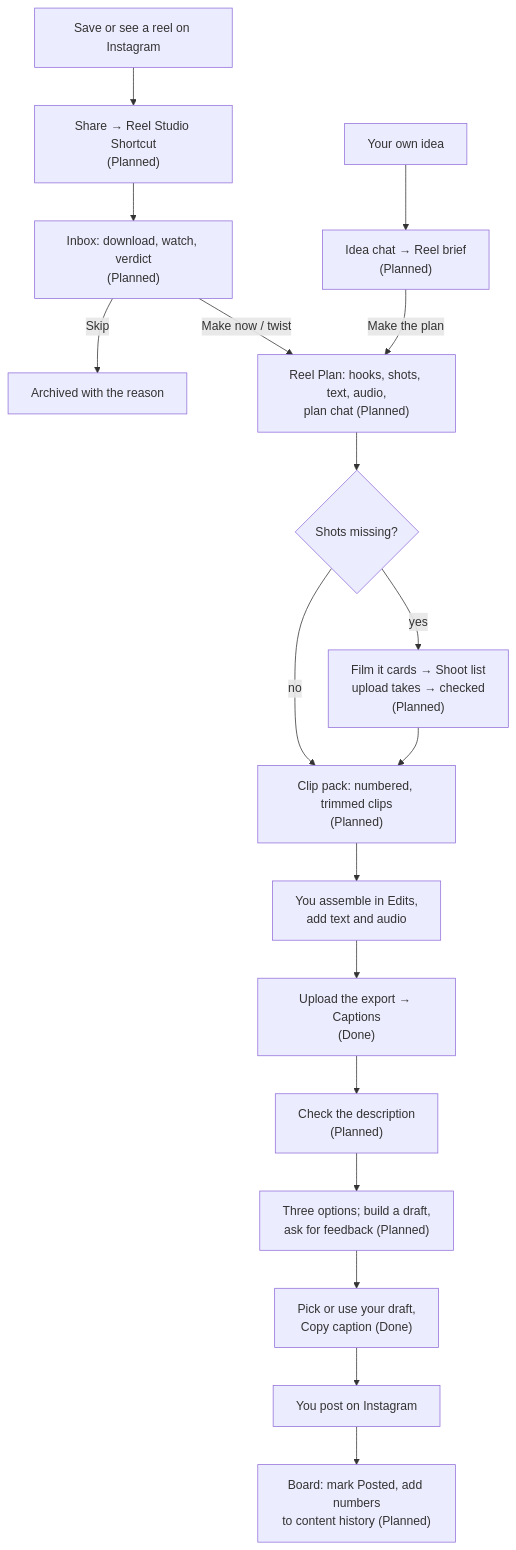
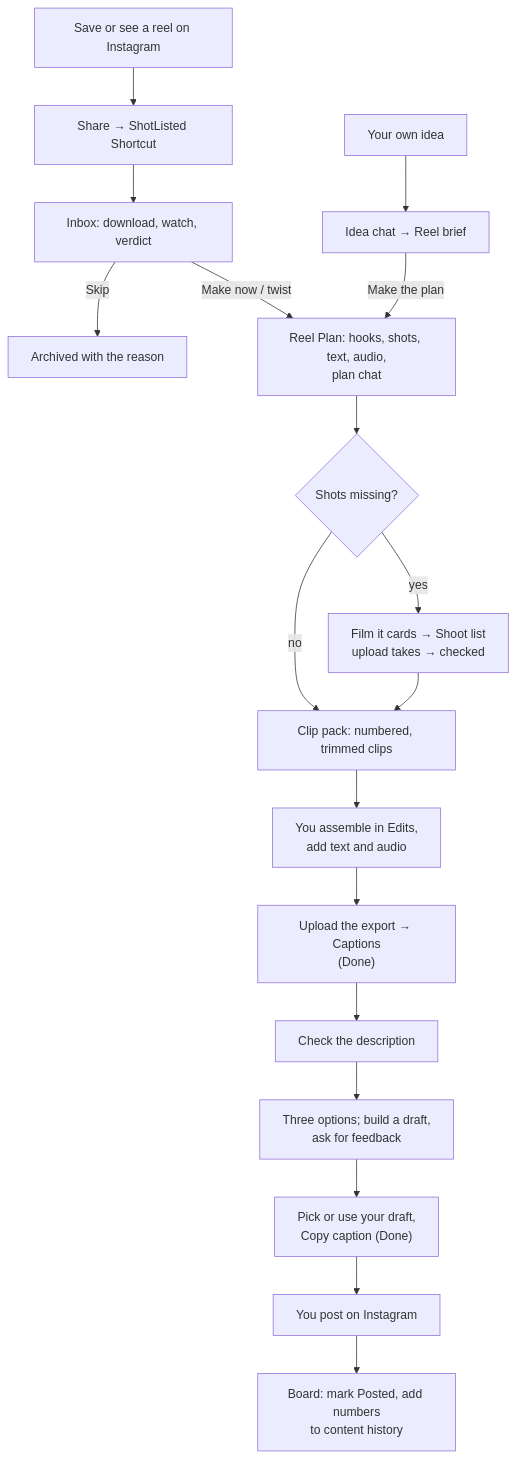
Before and after one commit to KaalaAadmi/shot-listed: the diagram in docs/APP_FLOW.md, drawn with Mermaid. The commit also changed other lines of this file and 153 other files, not shown here.

````diff
--- a/docs/APP_FLOW.md
+++ b/docs/APP_FLOW.md
@@ -7,20 +7,20 @@
 ```mermaid
 flowchart TD
-  save["Save or see a reel on Instagram"] --> share["Share → Reel Studio Shortcut<br/>(Planned)"]
-  share --> inbox["Inbox: download, watch, verdict<br/>(Planned)"]
+  save["Save or see a reel on Instagram"] --> share["Share → ShotListed Shortcut"]
+  share --> inbox["Inbox: download, watch, verdict"]
   inbox -->|Skip| done1["Archived with the reason"]
-  inbox -->|Make now / twist| plan["Reel Plan: hooks, shots, text, audio,<br/>plan chat (Planned)"]
-  idea["Your own idea"] --> ideachat["Idea chat → Reel brief<br/>(Planned)"]
+  inbox -->|Make now / twist| plan["Reel Plan: hooks, shots, text, audio,<br/>plan chat"]
+  idea["Your own idea"] --> ideachat["Idea chat → Reel brief"]
   ideachat -->|Make the plan| plan
   plan --> filmit{"Shots missing?"}
-  filmit -->|yes| shoot["Film it cards → Shoot list<br/>upload takes → checked<br/>(Planned)"]
-  filmit -->|no| pack["Clip pack: numbered, trimmed clips<br/>(Planned)"]
+  filmit -->|yes| shoot["Film it cards → Shoot list<br/>upload takes → checked"]
+  filmit -->|no| pack["Clip pack: numbered, trimmed clips"]
   shoot --> pack
   pack --> edits["You assemble in Edits,<br/>add text and audio"]
   edits --> final["Upload the export → Captions<br/>(Done)"]
-  final --> check["Check the description<br/>(Planned)"]
-  check --> options["Three options; build a draft,<br/>ask for feedback (Planned)"]
+  final --> check["Check the description"]
+  check --> options["Three options; build a draft,<br/>ask for feedback"]
   options --> copy["Pick or use your draft,<br/>Copy caption (Done)"]
   copy --> post["You post on Instagram"]
-  post --> board["Board: mark Posted, add numbers<br/>to content history (Planned)"]
+  post --> board["Board: mark Posted, add numbers<br/>to content history"]
 ```
````
